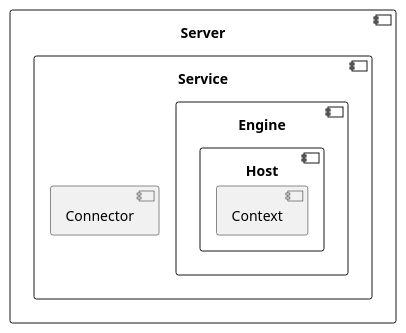
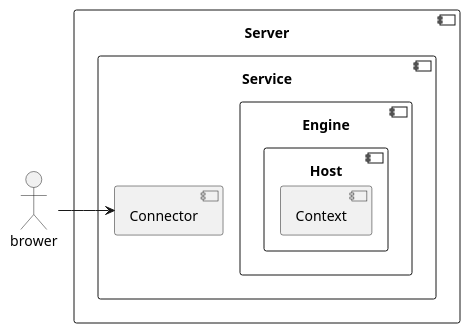
Before and after one commit to Nuclear-Liu/tutorials: the diagram in language/java/tomcat/tomcat.puml, drawn with PlantUML. The commit also changed 2 other files, not shown here.

```diff
--- a/language/java/tomcat/tomcat.puml
+++ b/language/java/tomcat/tomcat.puml
@@ -1,13 +1,15 @@
 @startuml
 skinparam componentStyle uml2
+actor brower
 component Server {
 component Service {
 component Connector
 component Engine {
 component Host {
 component Context
 }
 }
 }
 }
+brower -> Connector
 @enduml
```
